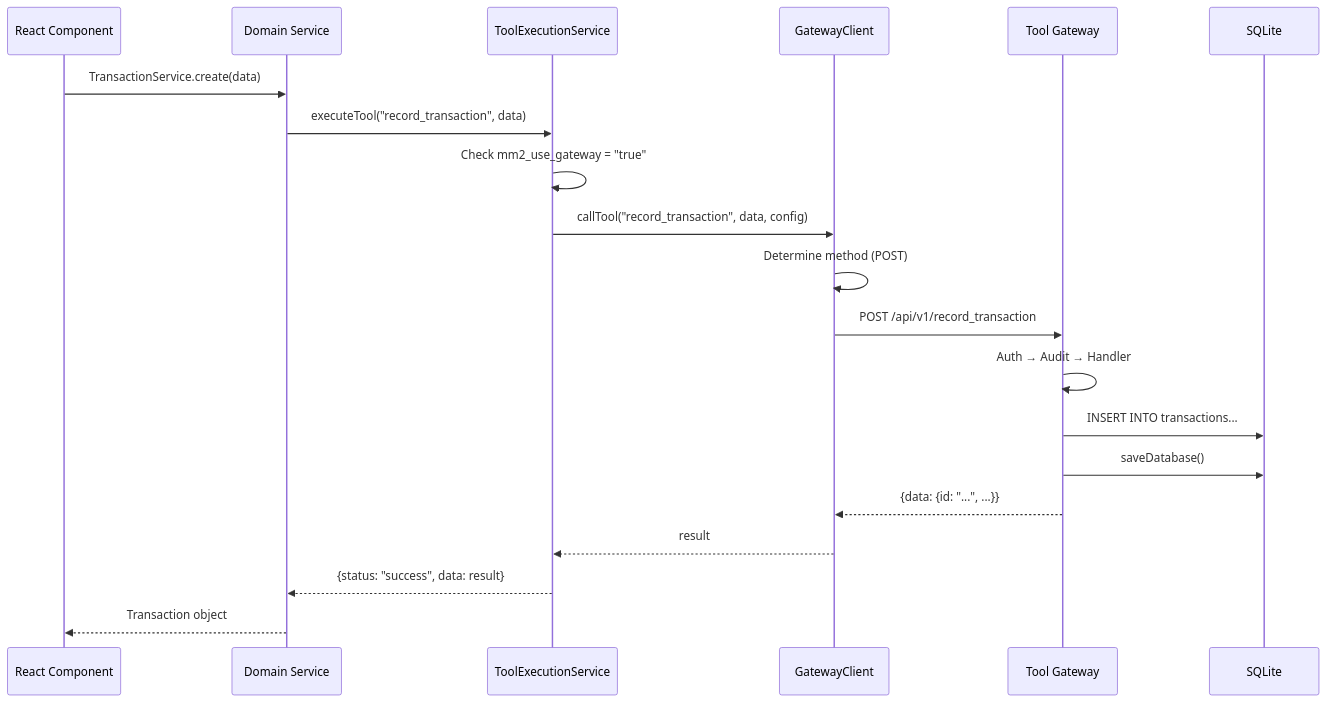
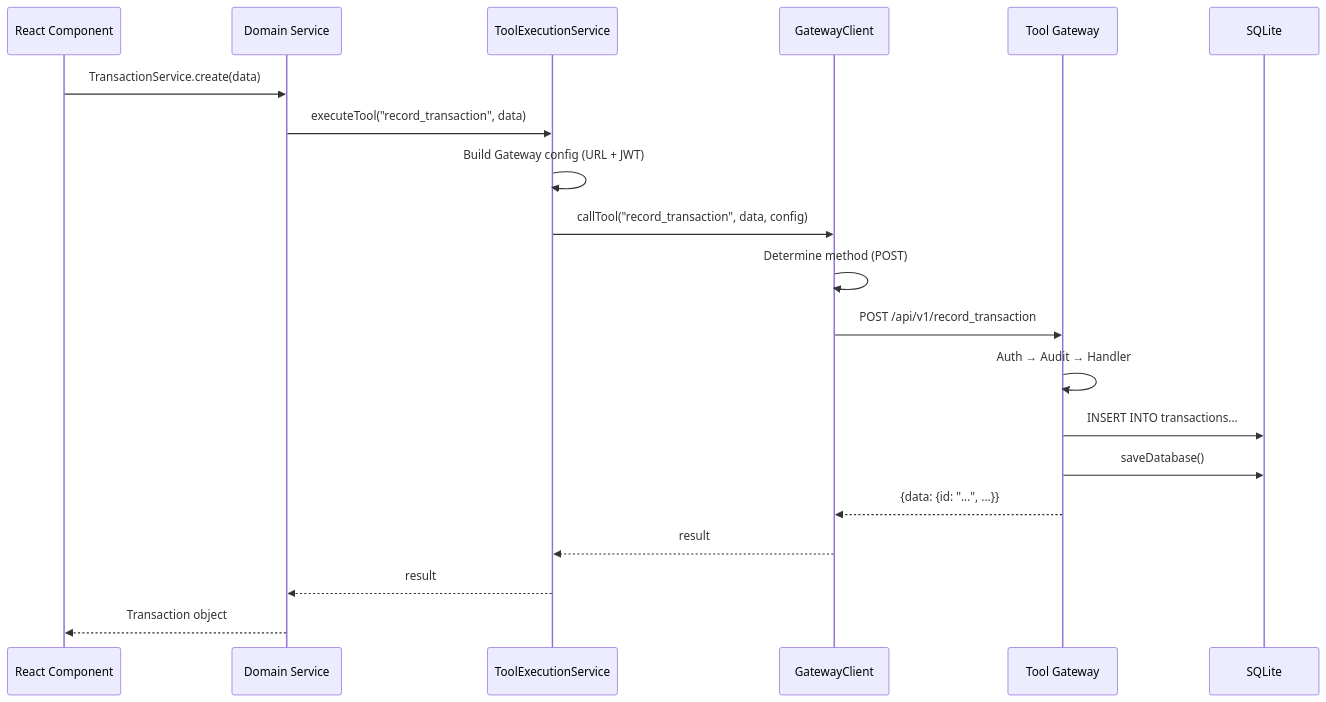
Before and after one commit to lechautu/money-manager: the eighth of 9 diagrams in system_architecture.md, drawn with Mermaid. The commit also changed other lines of this file, not shown here.

Commit message:
docs: update system_architecture.md - remove dual-mode, add thin-client + new password tools

````diff
--- a/system_architecture.md
+++ b/system_architecture.md
@@ -635,23 +626,23 @@
 ```mermaid
 sequenceDiagram
     participant UI as React Component
     participant DS as Domain Service
     participant TES as ToolExecutionService
     participant GC as GatewayClient
     participant GW as Tool Gateway
     participant DB as SQLite
 
     UI->>DS: TransactionService.create(data)
     DS->>TES: executeTool("record_transaction", data)
-    TES->>TES: Check mm2_use_gateway = "true"
+    TES->>TES: Build Gateway config (URL + JWT)
     TES->>GC: callTool("record_transaction", data, config)
     GC->>GC: Determine method (POST)
     GC->>GW: POST /api/v1/record_transaction
     GW->>GW: Auth → Audit → Handler
     GW->>DB: INSERT INTO transactions...
     GW->>DB: saveDatabase()
     GW-->>GC: {data: {id: "...", ...}}
     GC-->>TES: result
-    TES-->>DS: {status: "success", data: result}
+    TES-->>DS: result
     DS-->>UI: Transaction object
 ```
````
